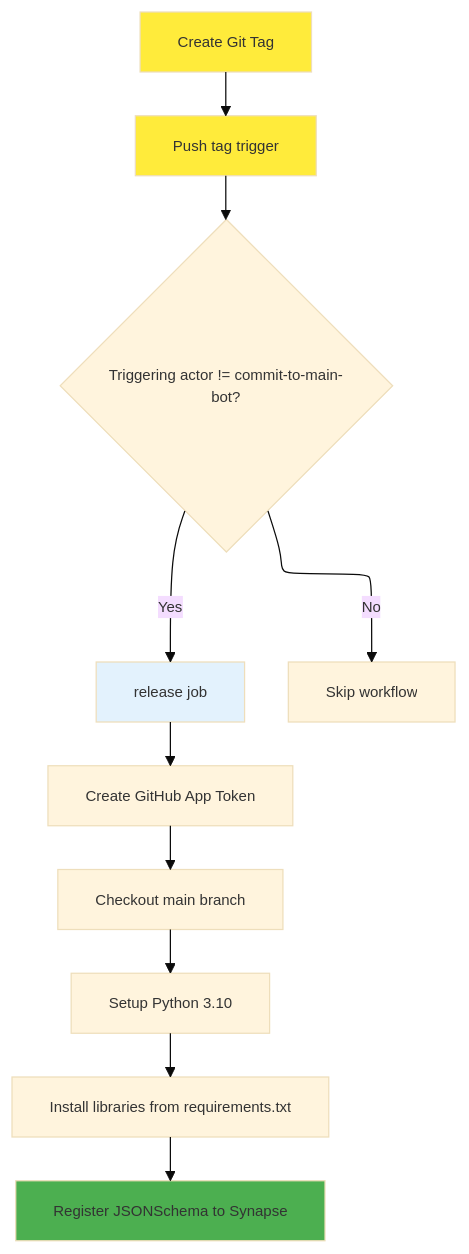
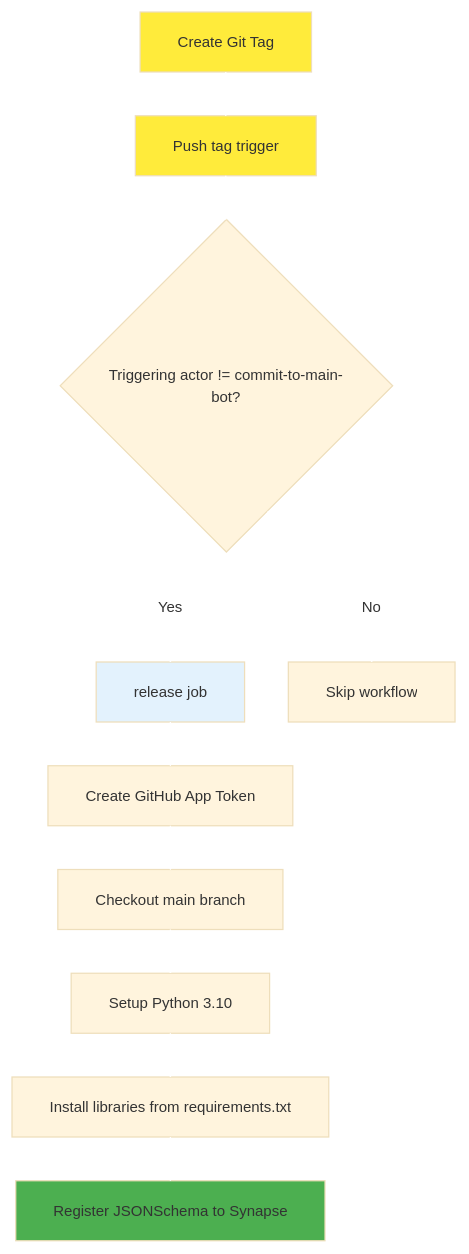
One commit to adknowledgeportal/data-models changed the second of 2 diagrams in .github/workflows/README.md. Above: the diagram before and after it, drawn with Mermaid. The commit also changed other lines of this file, not shown here.

Commit message:
make arrows white

````diff
--- a/.github/workflows/README.md
+++ b/.github/workflows/README.md
@@ -122,20 +122,20 @@
 ```mermaid
-%%{init: {"flowchart": {"defaultRenderer": "elk"}, "theme": "base", "themeVariables": {"fontSize": "12px"}}}%%
+%%{init: {"flowchart": {"defaultRenderer": "elk"}, "theme": "base", "themeVariables": {"fontSize": "12px", "lineColor": "#ffffff", "edgeLabelBackground": "#ffffff"}}}%%
     flowchart TD
     A[Create Git Tag] --> B[Push tag trigger]
     
     B --> C{Triggering actor != commit-to-main-bot?}
     C -->|Yes| D[release job]
     C -->|No| Z[Skip workflow]
     
     D --> D1[Create GitHub App Token]
     D1 --> D2[Checkout main branch]
     D2 --> D3[Setup Python 3.10]
     D3 --> D4[Install libraries from requirements.txt]
     D4 --> D5[Register JSONSchema to Synapse]
     
     style A fill:#ffeb3b
     style B fill:#ffeb3b
     style D fill:#e3f2fd
     style D5 fill:#4caf50
 ```
````
